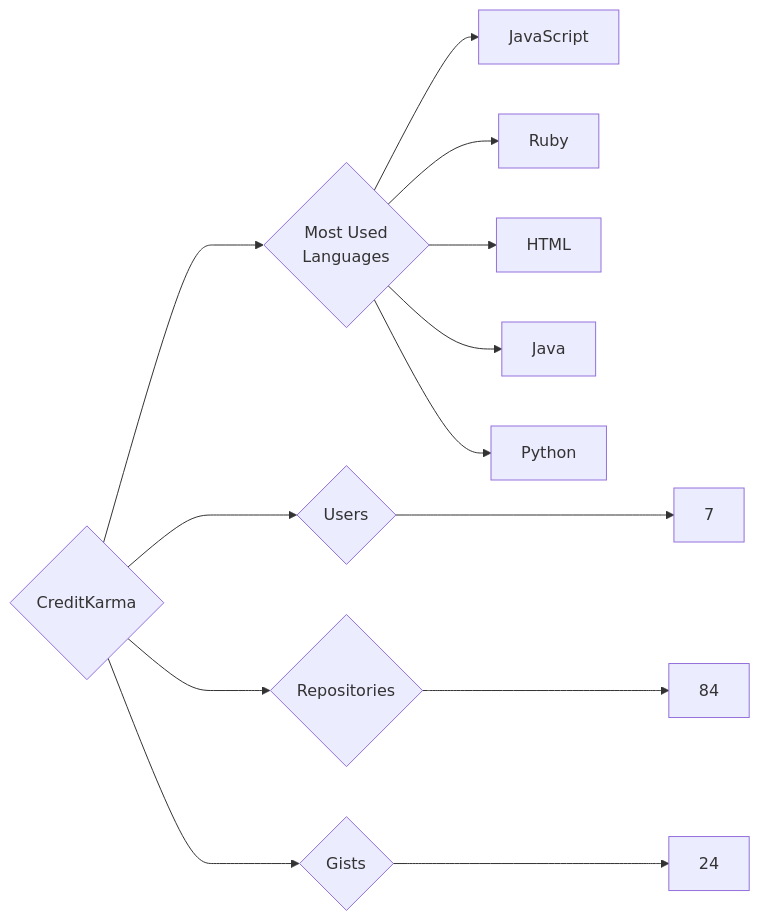
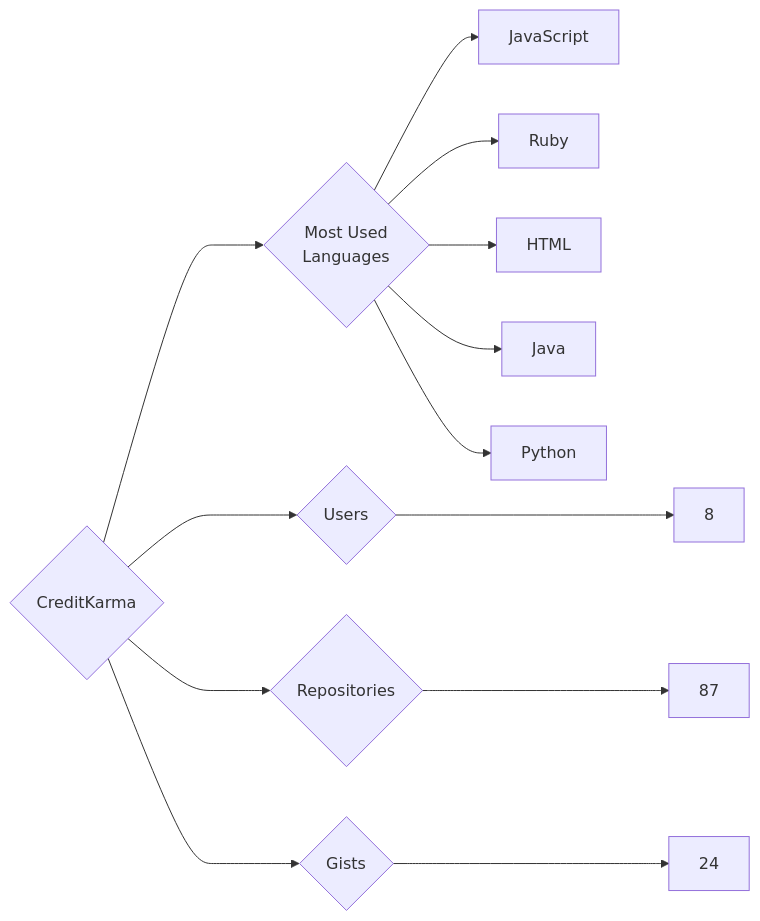
Before and after one commit to trickest/insiders: the diagram in targets/CreditKarma/README.md, drawn with Mermaid. The commit also changed 1078 other files, not shown here.

````diff
--- a/targets/CreditKarma/README.md
+++ b/targets/CreditKarma/README.md
@@ -3,13 +3,13 @@
 ```mermaid
 graph LR
 COMPANY_NAME{CreditKarma}
-COMPANY_NAME ---> U{Users} ---> UN[7]
-COMPANY_NAME ---> R{Repositories} ---> RN[84]
+COMPANY_NAME ---> U{Users} ---> UN[8]
+COMPANY_NAME ---> R{Repositories} ---> RN[87]
 COMPANY_NAME ---> G{Gists} ---> GN[24]
 COMPANY_NAME ---> ML{Most Used<br>Languages}
 ML --> JavaScript[JavaScript]
 ML --> Ruby[Ruby]
 ML --> HTML[HTML]
 ML --> Java[Java]
 ML --> Python[Python]
 ```
````
